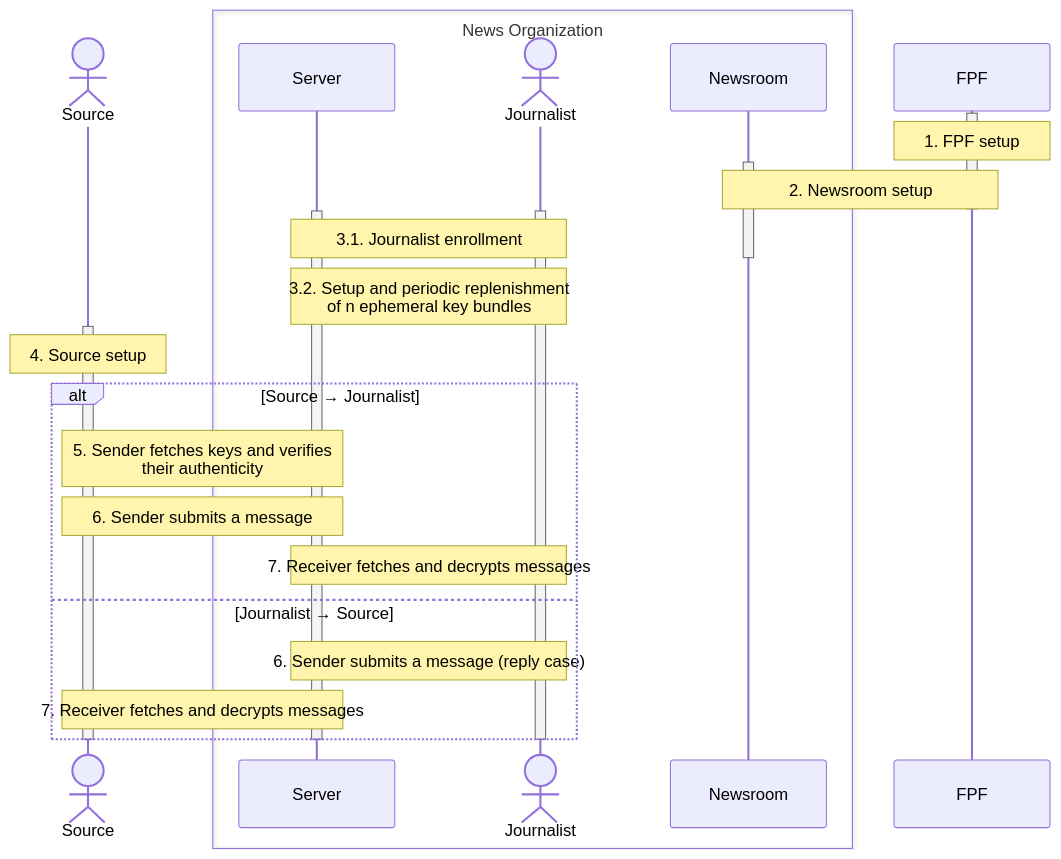
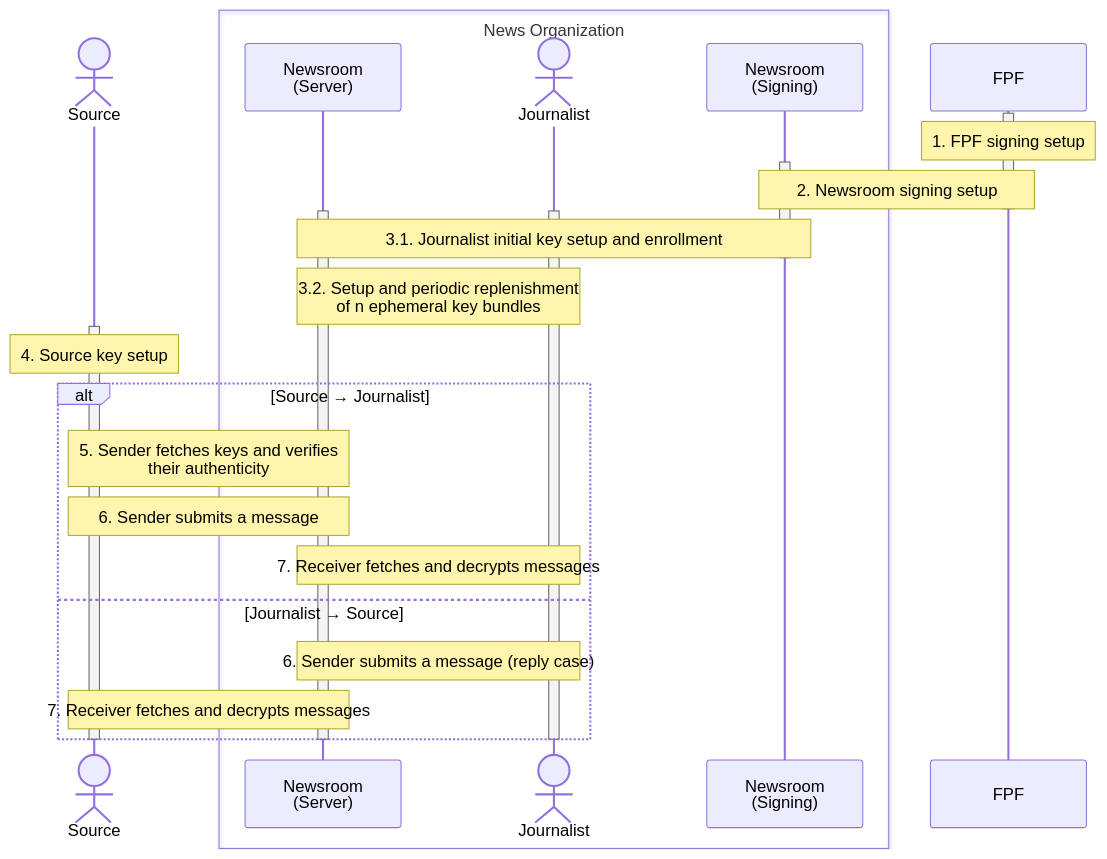
Before and after one commit to freedomofpress/securedrop-protocol: the diagram in docs/protocol.md, drawn with Mermaid. The commit also changed other lines of this file, not shown here.

Commit message:
docs: clarify signing steps and roles
review: https://github.com/freedomofpress/securedrop-protocol/pull/130#pullrequestreview-3542023672

````diff
--- a/docs/protocol.md
+++ b/docs/protocol.md
@@ -17,41 +17,41 @@
 ```mermaid
 sequenceDiagram
 
 actor Source
 
 box News Organization
-participant Server
+participant Server as Newsroom<br>(Server)
 actor Journalist
-participant Newsroom
+participant Newsroom as Newsroom<br>(Signing)
 end
 
 participant FPF
 
 activate FPF
-Note over FPF: 1. FPF setup
+Note over FPF: 1. FPF signing setup
 
 activate Newsroom
-Note over Newsroom, FPF: 2. Newsroom setup
+Note over Newsroom, FPF: 2. Newsroom signing setup
 deactivate FPF
 
 activate Server
 activate Journalist
-Note over Journalist, Server: 3.1. Journalist enrollment
+Note over Server, Newsroom: 3.1. Journalist initial key setup and enrollment
 deactivate Newsroom
 
 Note over Journalist, Server: 3.2. Setup and periodic replenishment<br>of n ephemeral key bundles
 
 activate Source
-Note over Source: 4. Source setup
+Note over Source: 4. Source key setup
 alt Source → Journalist
 Note over Source, Server: 5. Sender fetches keys and verifies<br>their authenticity
 Note over Source, Server: 6. Sender submits a message
 Note over Server, Journalist: 7. Receiver fetches and decrypts messages
 else Journalist → Source
 Note over Server, Journalist: 6. Sender submits a message (reply case)
 Note over Source, Server: 7. Receiver fetches and decrypts messages
 end
 deactivate Source
 deactivate Journalist
 deactivate Server
 ```
````
